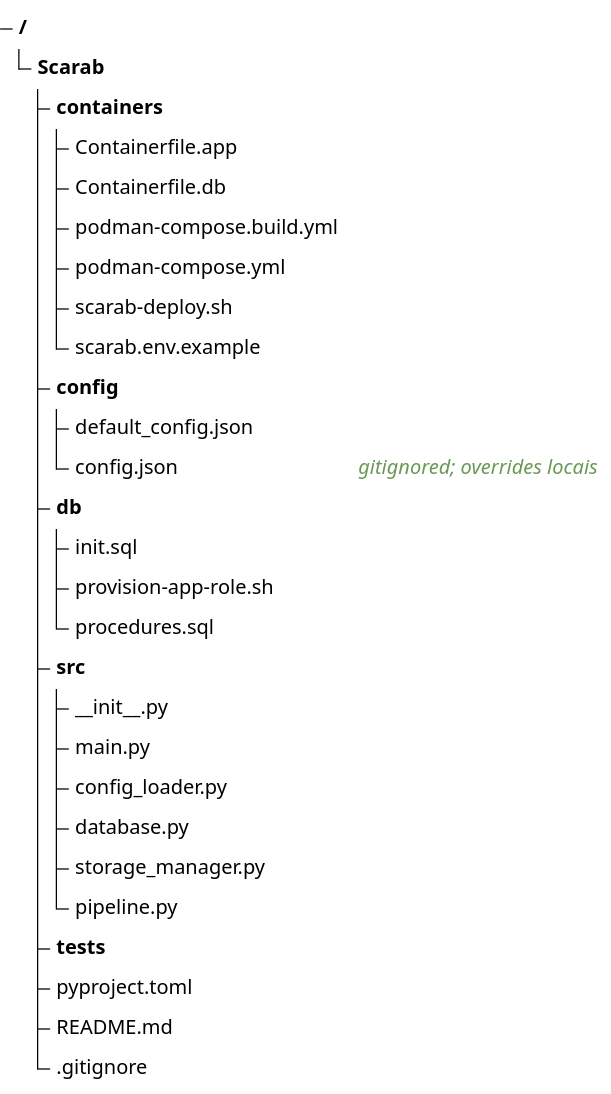
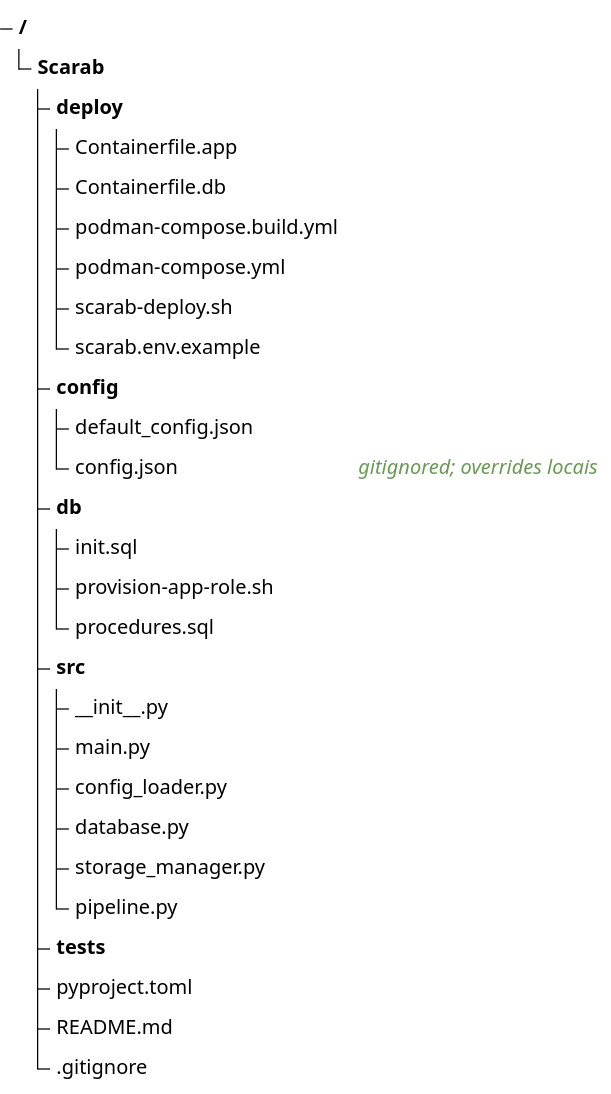
The second of 2 diagrams in README.md (InovaFiscaliza/Scarab), drawn with Mermaid before and after one commit. The commit also changed other lines of this file and 15 other files, not shown here.

````diff
--- a/README.md
+++ b/README.md
@@ -77,29 +77,29 @@
 ```mermaid
 treeView-beta
     Scarab/
-        containers/
+        deploy/
             Containerfile.app
             Containerfile.db
             podman-compose.build.yml
             podman-compose.yml
             scarab-deploy.sh
             scarab.env.example
         config/
             default_config.json
             config.json ## gitignored; overrides locais
         db/
             init.sql
             provision-app-role.sh
             procedures.sql
         src/
             __init__.py
             main.py
             config_loader.py
             database.py
             storage_manager.py
             pipeline.py
         tests/
         pyproject.toml
         README.md
         .gitignore
 ```
````
